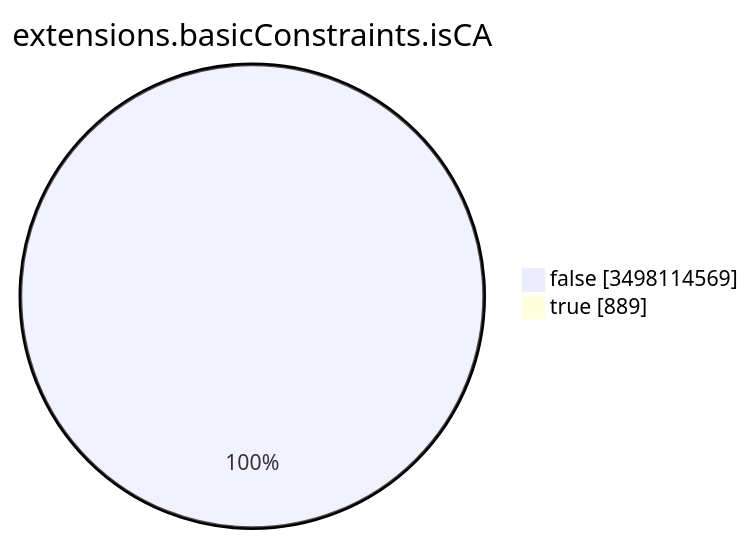
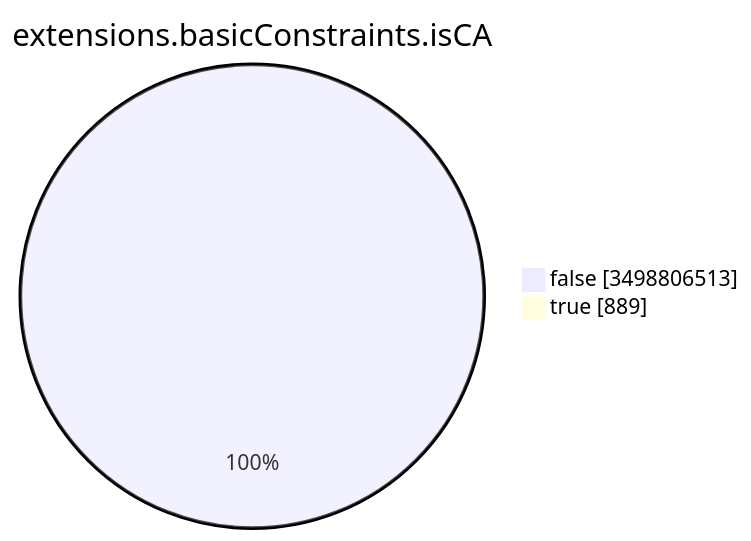
One commit to christiankrug/ctmonitor_visualization changed the seventh of 15 diagrams in TOTAL/README.md. Above: the diagram before and after it, drawn with Mermaid. The commit also changed other lines of this file, not shown here.

````diff
--- a/TOTAL/README.md
+++ b/TOTAL/README.md
@@ -3093,6 +3094,6 @@
 ```mermaid
 pie showData
 title extensions.basicConstraints.isCA
-"false" :3498114569
+"false" :3498806513
 "true" :889
 ```
````
